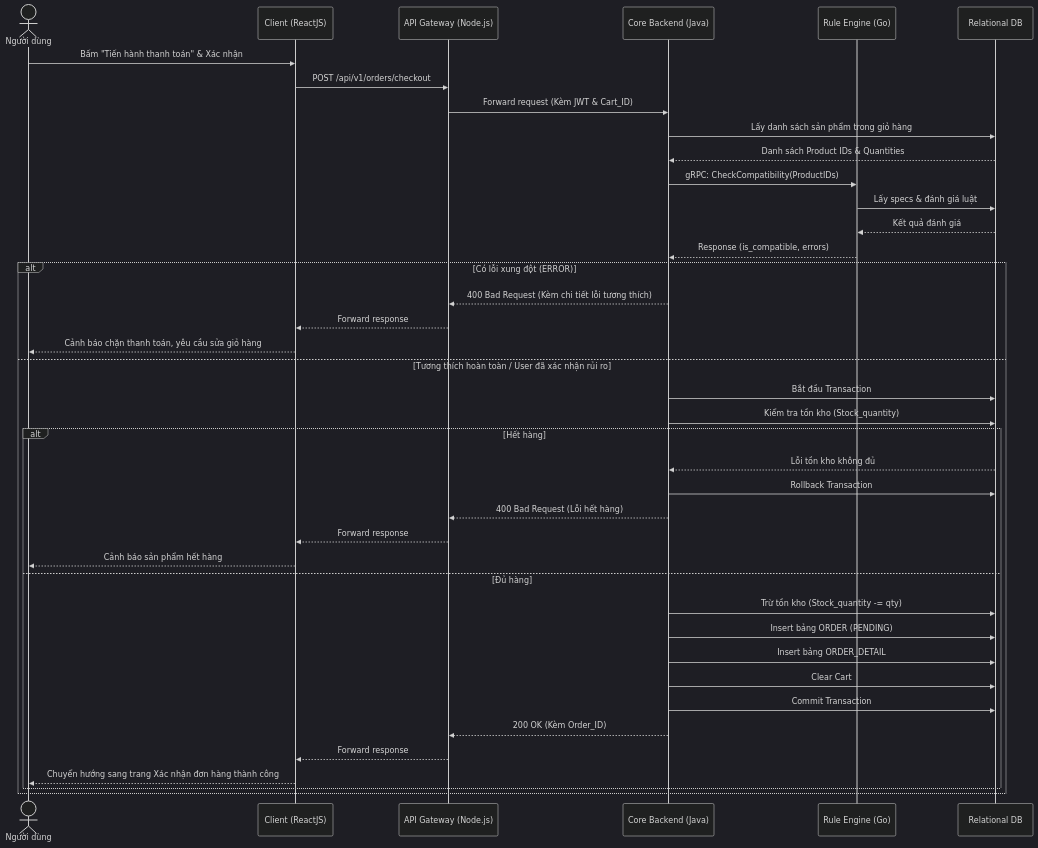
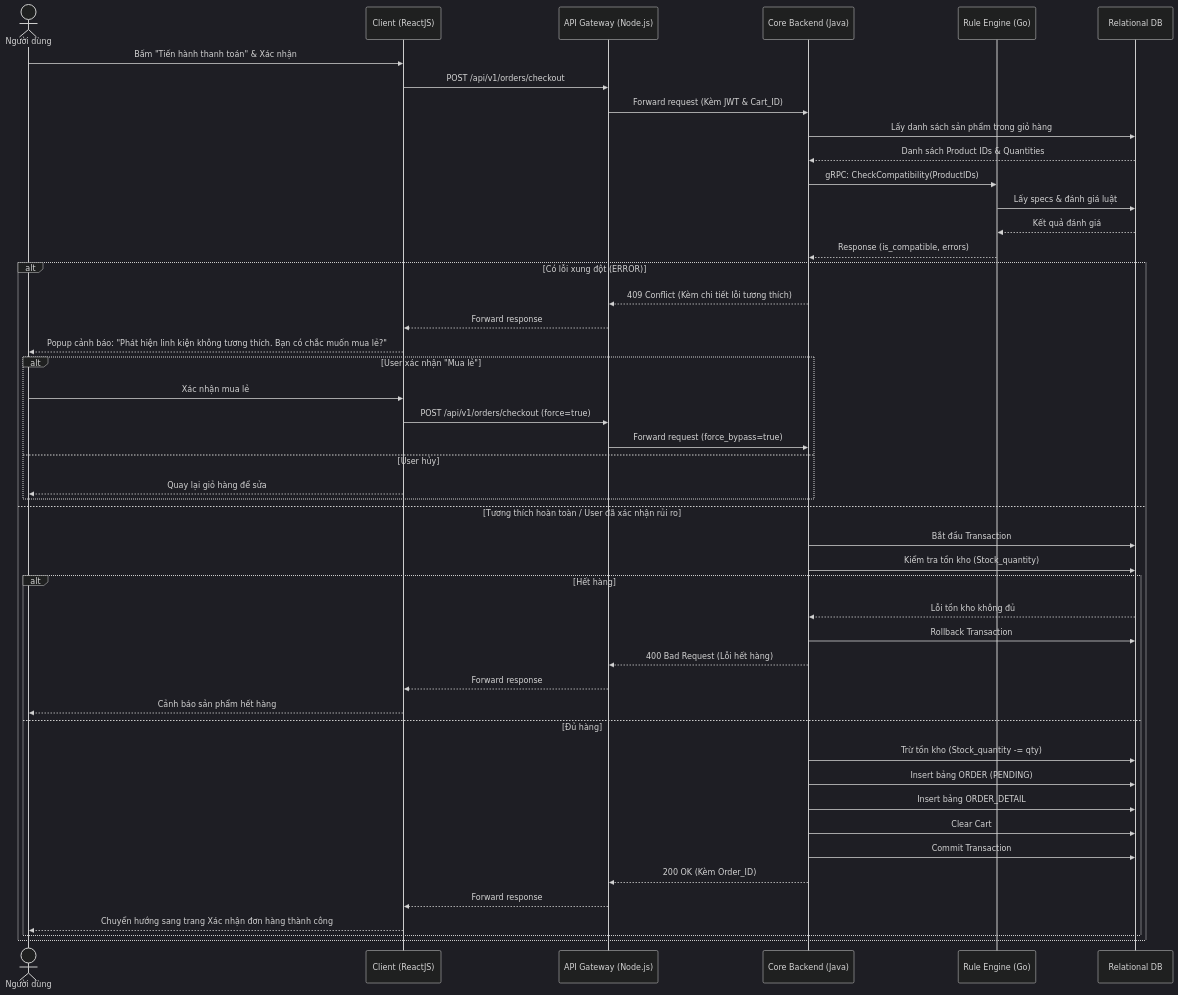
Before and after one commit to bankientapcode-1410/project1: diagram 14 of 16 in prj1.md, drawn with Mermaid (dark theme). The commit also changed other lines of this file, not shown here.

````diff
--- a/prj1.md
+++ b/prj1.md
@@ -738,46 +738,53 @@
 ```mermaid
 sequenceDiagram
     actor User as Người dùng
     participant UI as Client (ReactJS)
     participant GW as API Gateway (Node.js)
     participant Core as Core Backend (Java)
     participant RuleEng as Rule Engine (Go)
     participant DB as Relational DB
 
     User->>UI: Bấm "Tiến hành thanh toán" & Xác nhận
     UI->>GW: POST /api/v1/orders/checkout
     GW->>Core: Forward request (Kèm JWT & Cart_ID)
     Core->>DB: Lấy danh sách sản phẩm trong giỏ hàng
     DB-->>Core: Danh sách Product IDs & Quantities
     
     %% Gọi Rule Engine để check lần cuối
     Core->>RuleEng: gRPC: CheckCompatibility(ProductIDs)
     RuleEng->>DB: Lấy specs & đánh giá luật
     DB-->>RuleEng: Kết quả đánh giá
     RuleEng-->>Core: Response (is_compatible, errors)
     
     alt Có lỗi xung đột (ERROR)
-        Core-->>GW: 400 Bad Request (Kèm chi tiết lỗi tương thích)
+        Core-->>GW: 409 Conflict (Kèm chi tiết lỗi tương thích)
         GW-->>UI: Forward response
-        UI-->>User: Cảnh báo chặn thanh toán, yêu cầu sửa giỏ hàng
+        UI-->>User: Popup cảnh báo: "Phát hiện linh kiện không tương thích. Bạn có chắc muốn mua lẻ?"
+        alt User xác nhận "Mua lẻ"
+            User->>UI: Xác nhận mua lẻ
+            UI->>GW: POST /api/v1/orders/checkout (force=true)
+            GW->>Core: Forward request (force_bypass=true)
+        else User hủy
+            UI-->>User: Quay lại giỏ hàng để sửa
+        end
     else Tương thích hoàn toàn / User đã xác nhận rủi ro
         Core->>DB: Bắt đầu Transaction
         Core->>DB: Kiểm tra tồn kho (Stock_quantity)
         alt Hết hàng
             DB-->>Core: Lỗi tồn kho không đủ
             Core->>DB: Rollback Transaction
             Core-->>GW: 400 Bad Request (Lỗi hết hàng)
             GW-->>UI: Forward response
             UI-->>User: Cảnh báo sản phẩm hết hàng
         else Đủ hàng
             Core->>DB: Trừ tồn kho (Stock_quantity -= qty)
             Core->>DB: Insert bảng ORDER (PENDING)
             Core->>DB: Insert bảng ORDER_DETAIL
             Core->>DB: Clear Cart
             Core->>DB: Commit Transaction
             Core-->>GW: 200 OK (Kèm Order_ID)
             GW-->>UI: Forward response
             UI-->>User: Chuyển hướng sang trang Xác nhận đơn hàng thành công
         end
     end
 ```
````
